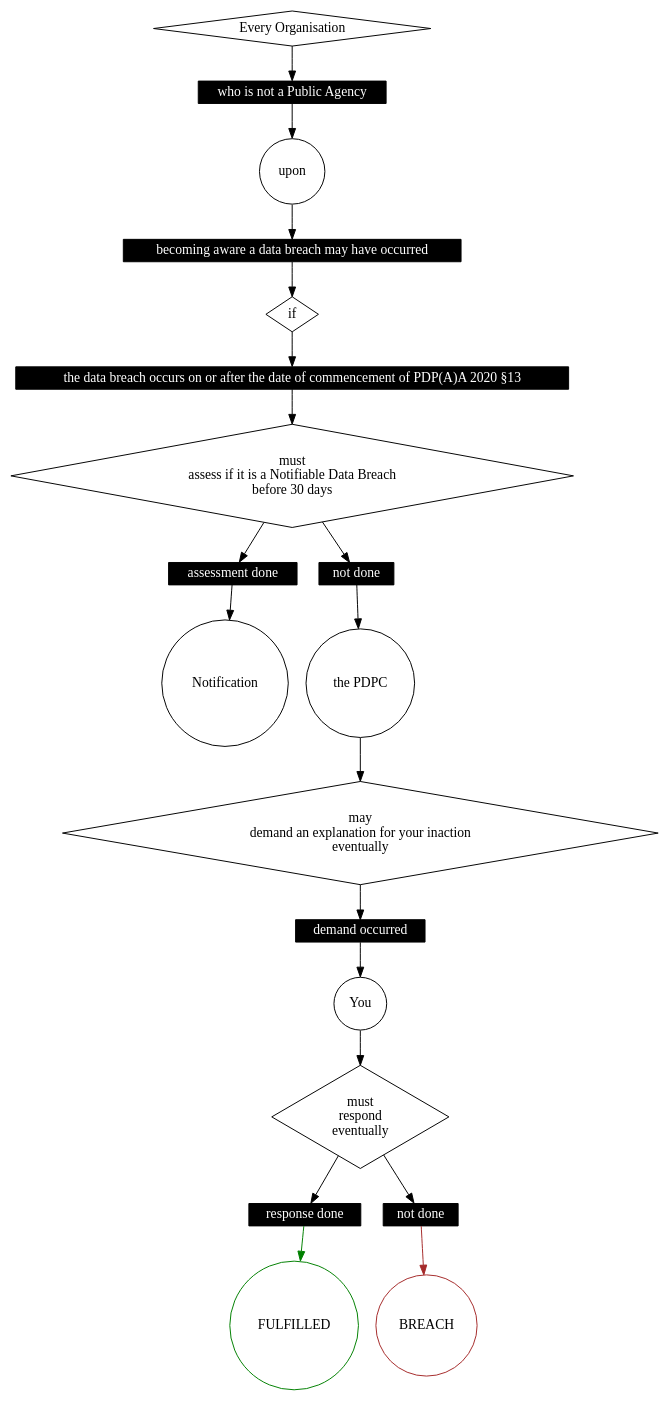
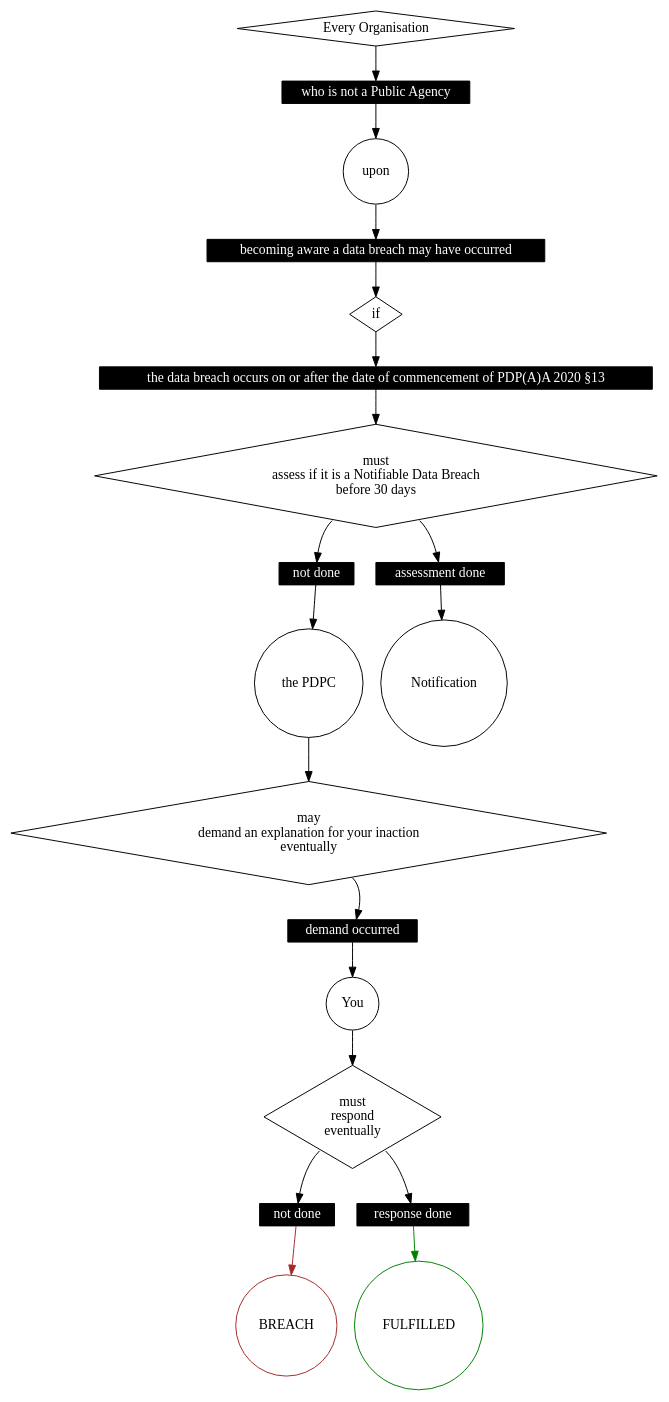
Before and after one commit to smucclaw/dsl: the diagram in mengwong/mp/petri.dot, drawn with Graphviz.

Commit message:
Update dotfile

```diff
--- a/mengwong/mp/petri.dot
+++ b/mengwong/mp/petri.dot
@@ -1,56 +1,61 @@
 digraph {
     graph [compound=true];
     subgraph places {
         node [shape=circle];
         0 [label=BREACH,color=brown];
         1 [label=FULFILLED,color=green];
         2 [label="Every Organisation"
           ,shape=diamond];
         4 [label=upon];
         6 [label=if,shape=diamond];
         8 [label="must\nassess if it is a Notifiable Data Breach\nbefore 30 days"
           ,shape=diamond];
         11 [label=Notification];
         12 [label="the PDPC"];
         18 [label="may\ndemand an explanation for your inaction\neventually"
            ,shape=diamond];
         20 [label=You];
         26 [label="must\nrespond\neventually"
            ,shape=diamond];
     }
     subgraph transitions {
         node [shape=box
              ,height=0.2
              ,style=filled
              ,fillcolor=black
              ,fontcolor=white
              ,fontname=Monaco];
         3 [label="who is not a Public Agency"];
         5 [label="becoming aware a data breach may have occurred"];
         7 [label="the data breach occurs on or after the date of commencement of PDP(A)A 2020 §13"];
         9 [label="assessment done"];
         10 [label="not done"];
         19 [label="demand occurred"];
         27 [label="response done"];
         28 [label="not done"];
     }
     2 -> 3;
     3 -> 4;
     4 -> 5;
     5 -> 6;
     6 -> 7;
     7 -> 8;
-    8 -> 9;
-    8 -> 10;
+    8 -> 9 [tailport=se
+           ,comment="southeast for positive"];
+    8 -> 10 [tailport=sw
+            ,comment="southwest for negative"];
     9 -> 11;
     10 -> 12;
     12 -> 18;
-    18 -> 19;
+    18 -> 19 [tailport=se
+             ,comment="southeast for positive"];
     19 -> 20;
     20 -> 26;
-    26 -> 27;
-    26 -> 28;
+    26 -> 27 [tailport=se
+             ,comment="southeast for positive"];
+    26 -> 28 [tailport=sw
+             ,comment="southwest for negative"];
     27 -> 1 [color=green];
     28 -> 0 [color=brown
             ,comment="onoes, go to breach"];
 }
```
